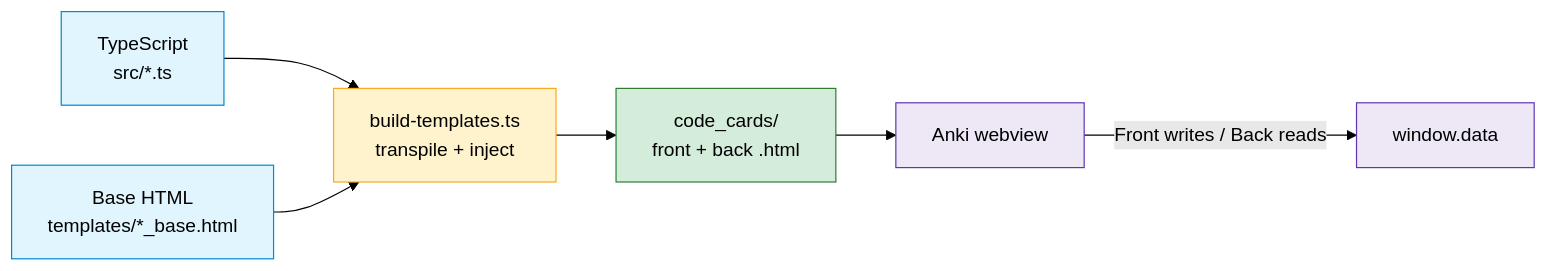
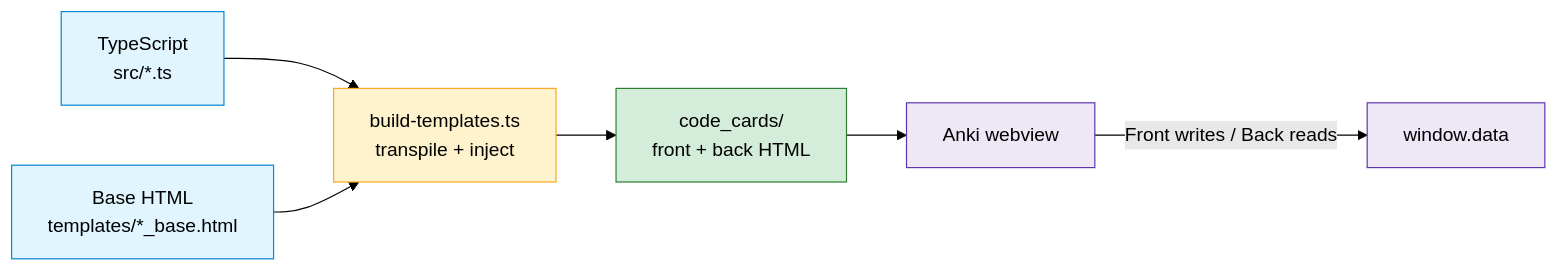
Before and after one commit to muhsinali/anki_templates: the diagram in documentation/architecture-diagrams/README.md, drawn with Mermaid (forest theme). The commit also changed other lines of this file and 16 other files, not shown here.

````diff
--- a/documentation/architecture-diagrams/README.md
+++ b/documentation/architecture-diagrams/README.md
@@ -39,17 +45,30 @@
 ```mermaid
 flowchart LR
-    TS["TypeScript<br/>src/*.ts"] --> BUILD["build-templates.ts<br/>transpile + inject"]
-    HTML["Base HTML<br/>templates/*_base.html"] --> BUILD
-    BUILD --> CARDS["code_cards/<br/>front + back .html"]
-    CARDS --> ANKI["Anki webview"]
-    ANKI -->|"Front writes / Back reads"| WD["window.data"]
+    %% Build-time inputs.
+    typescript_source["TypeScript<br/>src/*.ts"]
+    base_html["Base HTML<br/>templates/*_base.html"]
 
-    classDef in fill:#e1f5ff,stroke:#0288d1,color:#000;
-    classDef mid fill:#fff3cd,stroke:#f9a825,color:#000;
-    classDef out fill:#d4edda,stroke:#2e7d32,color:#000;
-    classDef rt fill:#ede7f6,stroke:#5e35b1,color:#000;
-    class TS,HTML in;
-    class BUILD mid;
-    class CARDS out;
-    class ANKI,WD rt;
+    %% Generated card artifacts.
+    build_step["build-templates.ts<br/>transpile + inject"]
+    generated_cards["code_cards/<br/>front + back HTML"]
+
+    %% Runtime handoff inside Anki.
+    anki_webview["Anki webview"]
+    shared_state["window.data"]
+
+    typescript_source --> build_step
+    base_html --> build_step
+    build_step --> generated_cards
+    generated_cards --> anki_webview
+    anki_webview -->|"Front writes / Back reads"| shared_state
+
+    classDef source fill:#e1f5ff,stroke:#0288d1,color:#000;
+    classDef build fill:#fff3cd,stroke:#f9a825,color:#000;
+    classDef output fill:#d4edda,stroke:#2e7d32,color:#000;
+    classDef runtime fill:#ede7f6,stroke:#5e35b1,color:#000;
+
+    class typescript_source,base_html source;
+    class build_step build;
+    class generated_cards output;
+    class anki_webview,shared_state runtime;
 ```
````
